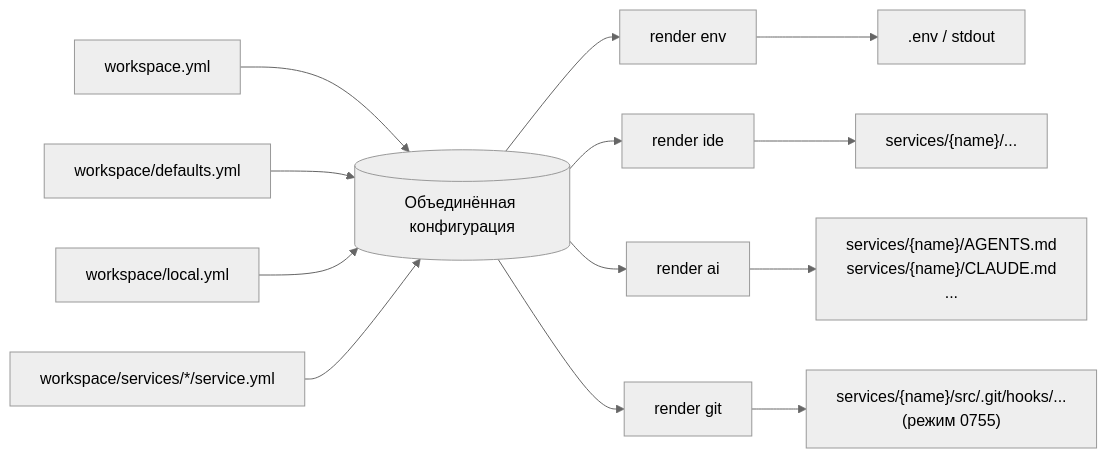
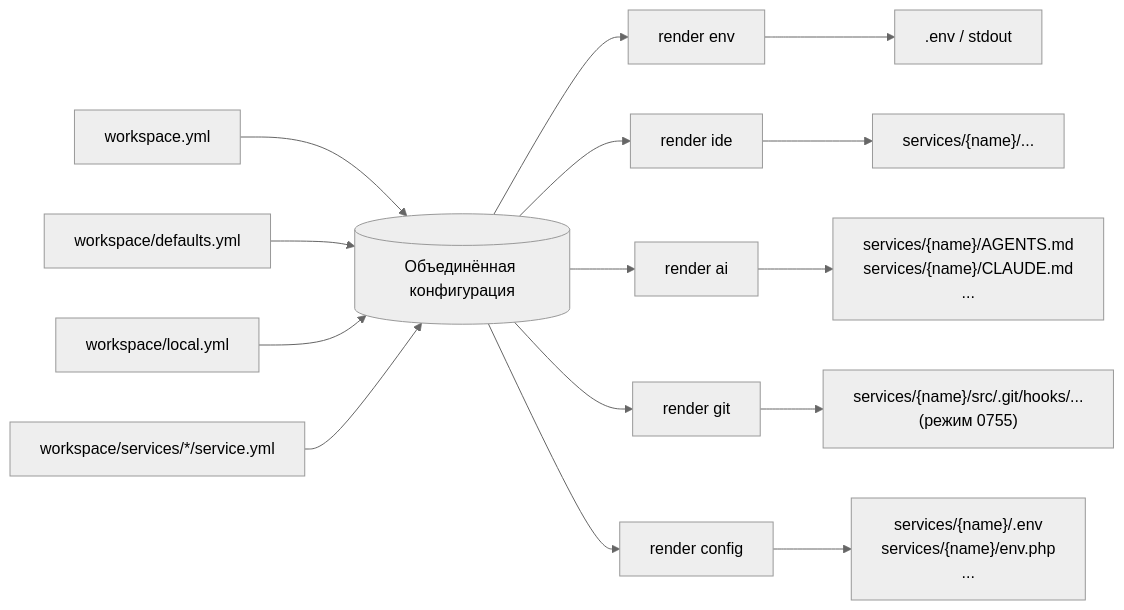
The diagram in docs/i18n/ru/reference/render/index.md (semsemyonoff/dwe), drawn with Mermaid (neutral theme) before and after one commit. The commit also changed other lines of this file and 72 other files, not shown here.

````diff
--- a/docs/i18n/ru/reference/render/index.md
+++ b/docs/i18n/ru/reference/render/index.md
@@ -29,18 +29,20 @@
 ```mermaid
 flowchart LR
   L1[workspace.yml] --> M
   L2[workspace/defaults.yml] --> M
   L3[workspace/local.yml] --> M
   S["workspace/services/*/service.yml"] --> M
   M[("Объединённая конфигурация")]
 
   M --> E[render env]
   M --> I[render ide]
   M --> A[render ai]
   M --> G[render git]
+  M --> C[render config]
 
   E --> EOUT[".env / stdout"]
   I --> IOUT["services/{name}/..."]
   A --> AOUT["services/{name}/AGENTS.md<br/>services/{name}/CLAUDE.md<br/>..."]
   G --> GOUT["services/{name}/src/.git/hooks/...<br/>(режим 0755)"]
+  C --> COUT["services/{name}/.env<br/>services/{name}/env.php<br/>..."]
 ```
````
